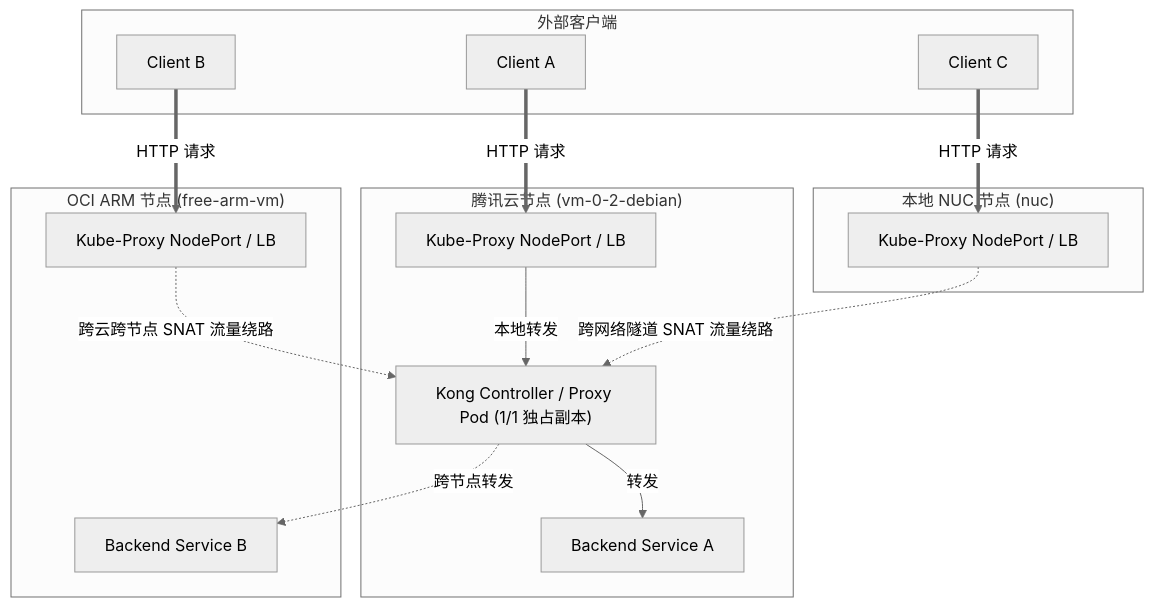
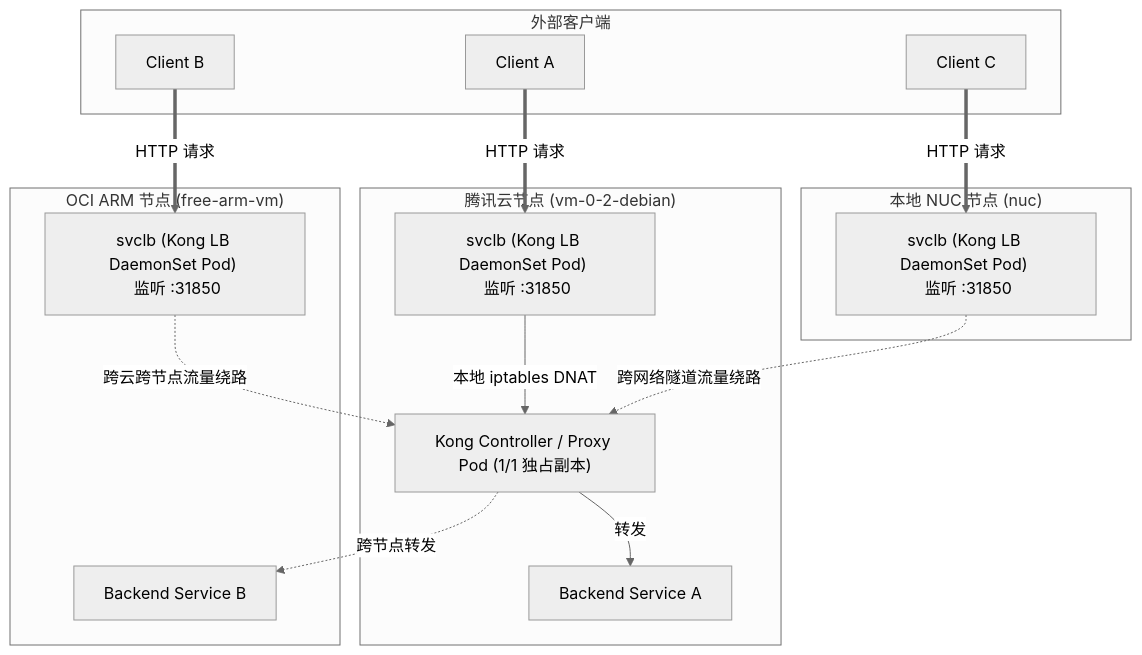
One commit to nvd11/my-blogs changed the first of 2 diagrams in kong_ha_daemonset_local_traffic_architecture.md. Above: the diagram before and after it, drawn with Mermaid (neutral theme). The commit also changed other lines of this file, not shown here.

Commit message:
docs: fix architecture diagrams - entry is svclb (Kong LB) not kube-proxy/NodePort

````diff
--- a/kong_ha_daemonset_local_traffic_architecture.md
+++ b/kong_ha_daemonset_local_traffic_architecture.md
@@ -35,34 +37,34 @@
 ```mermaid
 graph TD
     subgraph Clients ["外部客户端"]
         C1["Client A"]
         C2["Client B"]
         C3["Client C"]
     end
 
     subgraph Node1 ["腾讯云节点 (vm-0-2-debian)"]
-        NP1["Kube-Proxy NodePort / LB"]
+        LB1["svclb (Kong LB DaemonSet Pod) <br/> 监听 :31850"]
         KongPod1["Kong Controller / Proxy Pod (1/1 独占副本)"]
         Svc1["Backend Service A"]
     end
 
     subgraph Node2 ["OCI ARM 节点 (free-arm-vm)"]
-        NP2["Kube-Proxy NodePort / LB"]
+        LB2["svclb (Kong LB DaemonSet Pod) <br/> 监听 :31850"]
         Svc2["Backend Service B"]
     end
 
     subgraph Node3 ["本地 NUC 节点 (nuc)"]
-        NP3["Kube-Proxy NodePort / LB"]
+        LB3["svclb (Kong LB DaemonSet Pod) <br/> 监听 :31850"]
     end
 
-    C1 ==>|HTTP 请求| NP1
-    C2 ==>|HTTP 请求| NP2
-    C3 ==>|HTTP 请求| NP3
+    C1 ==>|HTTP 请求| LB1
+    C2 ==>|HTTP 请求| LB2
+    C3 ==>|HTTP 请求| LB3
 
-    NP1 -->|本地转发| KongPod1
-    NP2 -.->|跨云跨节点 SNAT 流量绕路| KongPod1
-    NP3 -.->|跨网络隧道 SNAT 流量绕路| KongPod1
+    LB1 -->|本地 iptables DNAT| KongPod1
+    LB2 -.->|跨云跨节点流量绕路| KongPod1
+    LB3 -.->|跨网络隧道流量绕路| KongPod1
 
     KongPod1 -->|转发| Svc1
     KongPod1 -.->|跨节点转发| Svc2
 ```
````
